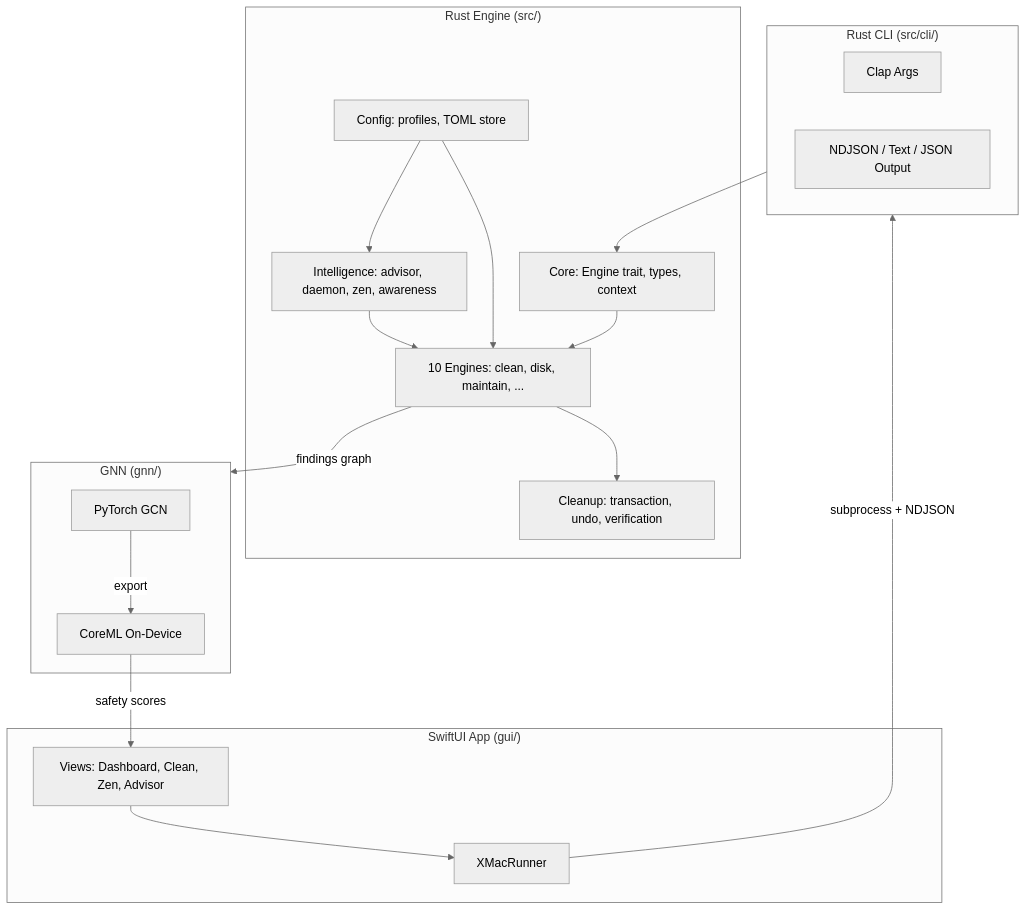
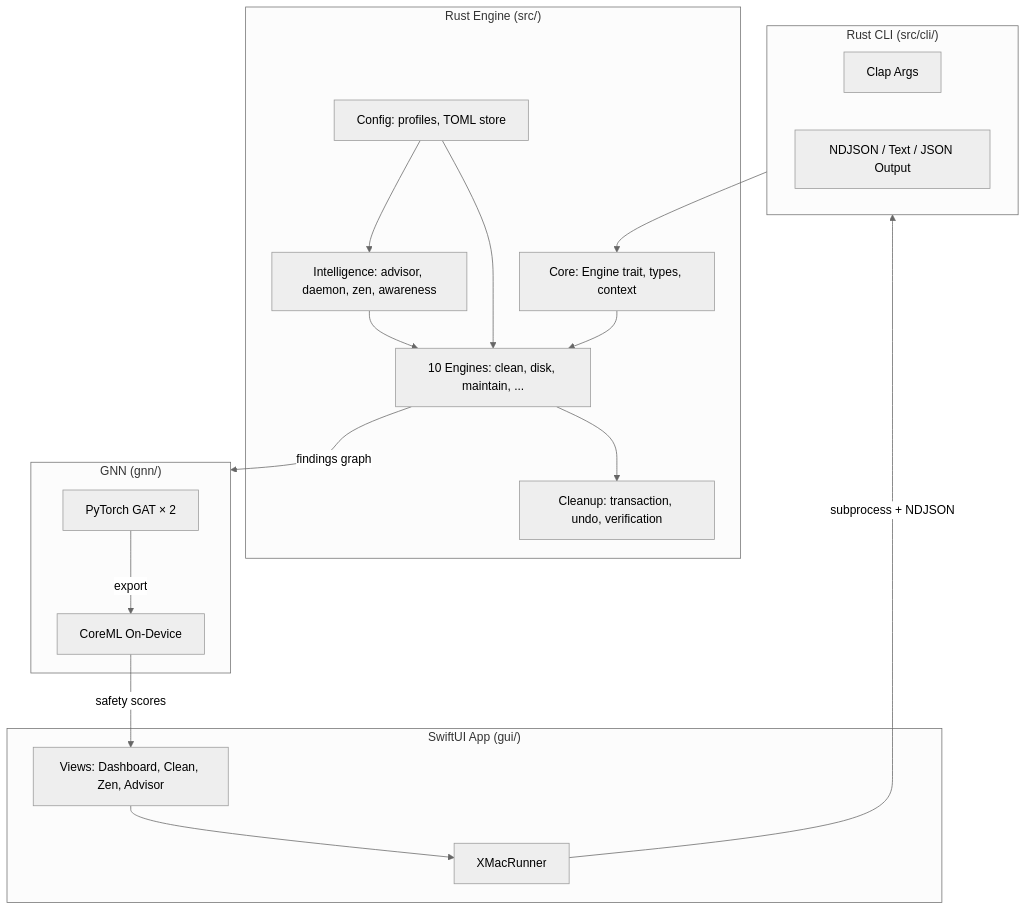
The first of 9 diagrams in docs/ARCHITECTURE.md (davidnichols-ops/X-MaC), drawn with Mermaid (neutral theme) before and after one commit. The commit also changed other lines of this file and 3 other files, not shown here.

````diff
--- a/docs/ARCHITECTURE.md
+++ b/docs/ARCHITECTURE.md
@@ -7,37 +7,37 @@
 ```mermaid
 graph TB
     subgraph GUI["SwiftUI App (gui/)"]
         UI[Views: Dashboard, Clean, Zen, Advisor]
         Runner[XMacRunner]
         UI --> Runner
     end
 
     subgraph CLI["Rust CLI (src/cli/)"]
         Args[Clap Args]
         Output[NDJSON / Text / JSON Output]
     end
 
     subgraph Engine["Rust Engine (src/)"]
         Core[Core: Engine trait, types, context]
         Engines[10 Engines: clean, disk, maintain, ...]
         Cleanup[Cleanup: transaction, undo, verification]
         Intelligence[Intelligence: advisor, daemon, zen, awareness]
         Config[Config: profiles, TOML store]
     end
 
     subgraph GNN["GNN (gnn/)"]
-        Model[PyTorch GCN]
+        Model[PyTorch GAT × 2]
         CoreML[CoreML On-Device]
         Model -->|export| CoreML
     end
 
     Runner -->|subprocess + NDJSON| CLI
     CLI --> Core
     Core --> Engines
     Engines --> Cleanup
     Config --> Engines
     Config --> Intelligence
     Intelligence --> Engines
     Engines -->|findings graph| GNN
     CoreML -->|safety scores| UI
 ```
````
